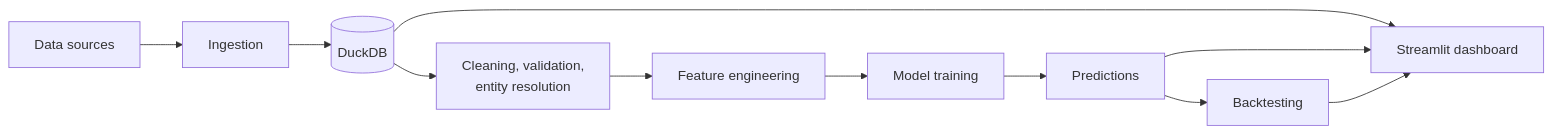
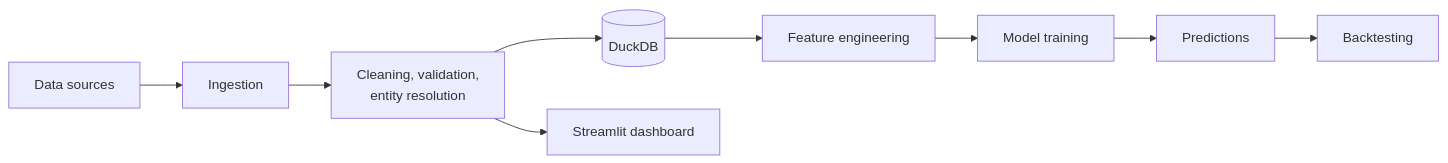
The diagram in README.md (risaiahosborne/Soccer-Analytics-Platform), drawn with Mermaid before and after one commit. The commit also changed other lines of this file, not shown here.

````diff
--- a/README.md
+++ b/README.md
@@ -20,13 +19,11 @@
 ```mermaid
 flowchart LR
     A[Data sources] --> B[Ingestion]
-    B --> C[(DuckDB)]
-    C --> D[Cleaning, validation,<br/>entity resolution]
+    B --> C[Cleaning, validation,<br/>entity resolution]
+    C --> D[(DuckDB)]
     D --> E[Feature engineering]
     E --> F[Model training]
     F --> G[Predictions]
     G --> H[Backtesting]
     C --> I[Streamlit dashboard]
-    G --> I
-    H --> I
 ```
````
